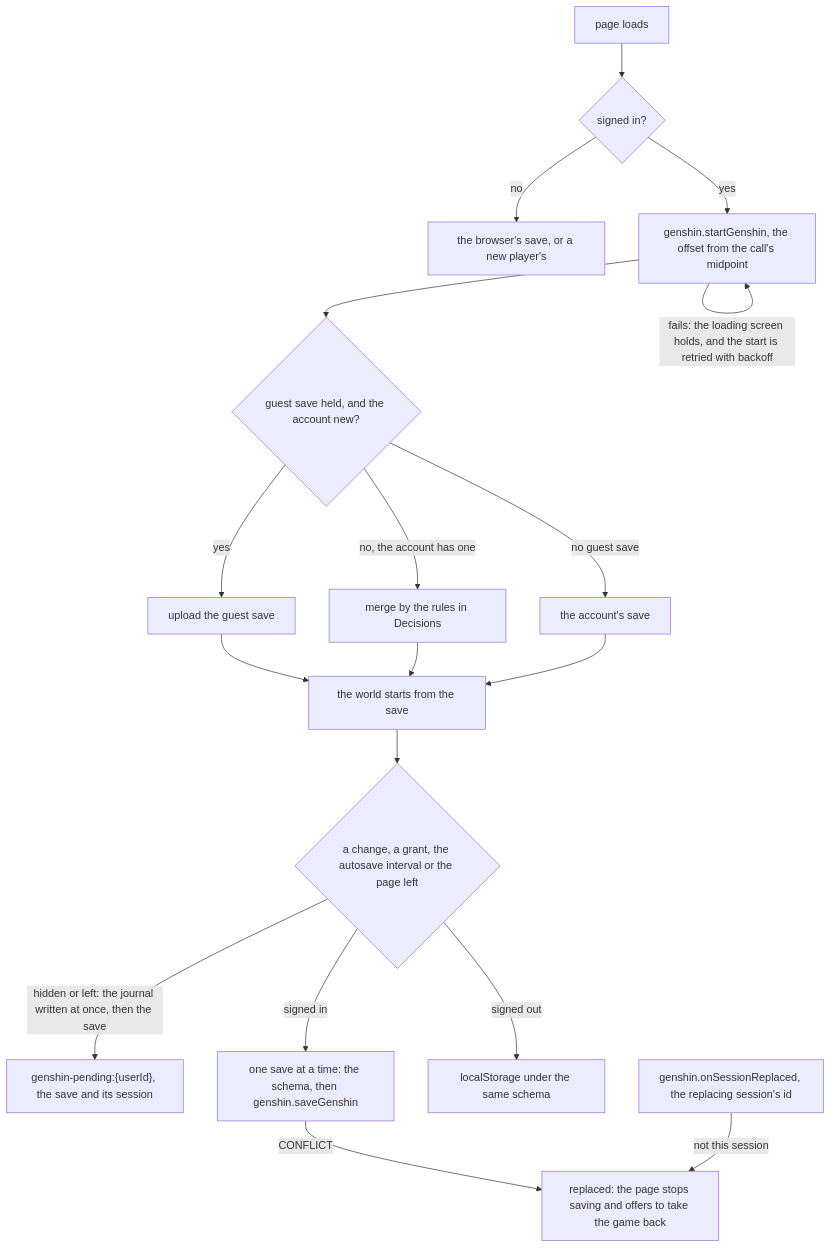
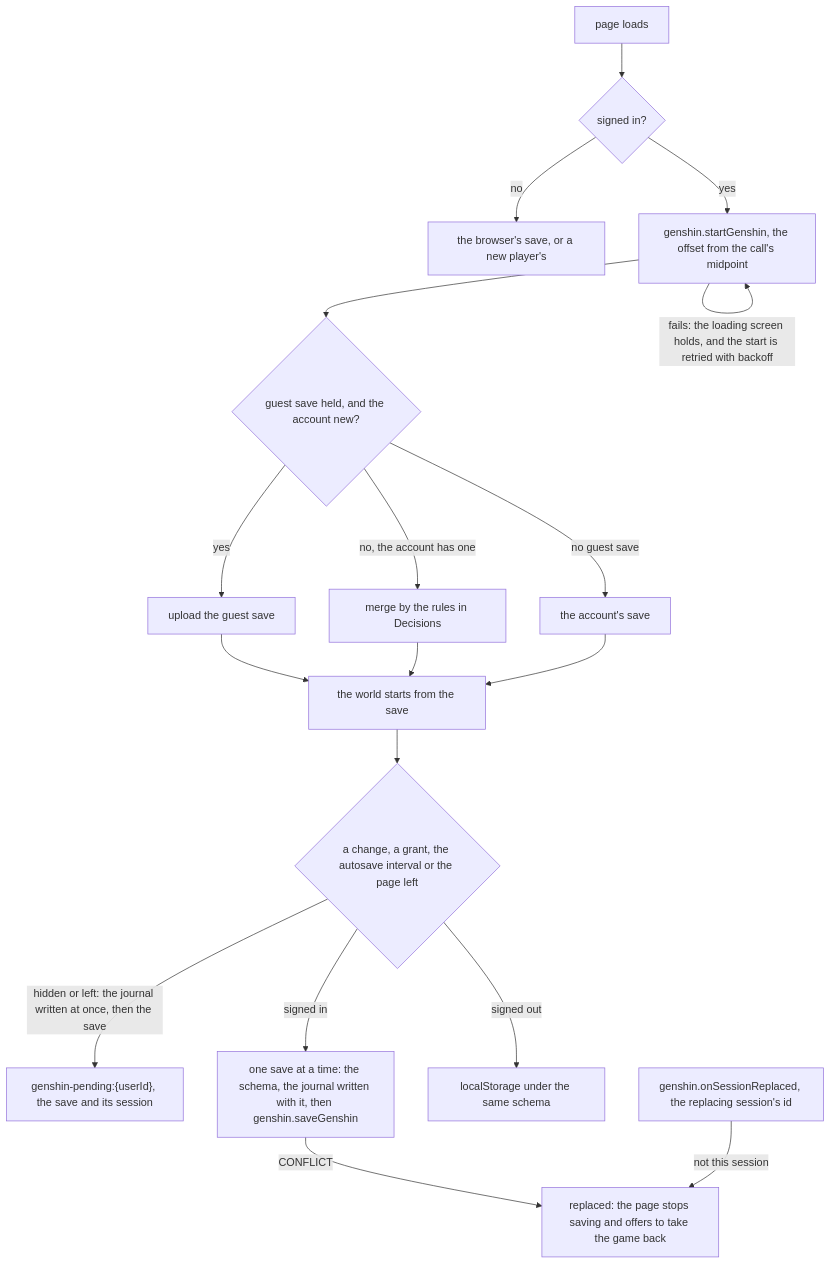
The fourth of 4 diagrams in apps/web/content/docs/genshin/save-data.md (Esposter/Esposter), drawn with Mermaid before and after one commit. The commit also changed other lines of this file and 1 other file, not shown here.

First line of the commit message:
docs(genshin): the save data page says a start retried by its page answers the start it took, and the journal is written with each save before it is sent and read back as the start answers, and serialization names the shared parse

````diff
--- a/apps/web/content/docs/genshin/save-data.md
+++ b/apps/web/content/docs/genshin/save-data.md
@@ -82,20 +86,20 @@
 ```mermaid
 flowchart TD
   L["page loads"] --> S{"signed in?"}
   S -->|"no"| G["the browser's save, or a new player's"]
   S -->|"yes"| ST["genshin.startGenshin, the offset from the call's midpoint"]
   ST -->|"fails: the loading screen holds, and the start is retried with backoff"| ST
   ST --> M{"guest save held, and the account new?"}
   M -->|"yes"| U["upload the guest save"]
   M -->|"no, the account has one"| MG["merge by the rules in Decisions"]
   M -->|"no guest save"| A["the account's save"]
   U --> W["the world starts from the save"]
   MG --> W
   A --> W
   W --> C{"a change, a grant, the autosave interval or the page left"}
   C -->|"hidden or left: the journal written at once, then the save"| J["genshin-pending:{userId}, the save and its session"]
-  C -->|"signed in"| SV["one save at a time: the schema, then genshin.saveGenshin"]
+  C -->|"signed in"| SV["one save at a time: the schema, the journal written with it, then genshin.saveGenshin"]
   C -->|"signed out"| LS["localStorage under the same schema"]
   SV -->|"CONFLICT"| R["replaced: the page stops saving and offers to take the game back"]
   RP["genshin.onSessionReplaced, the replacing session's id"] -->|"not this session"| R
 ```
````
